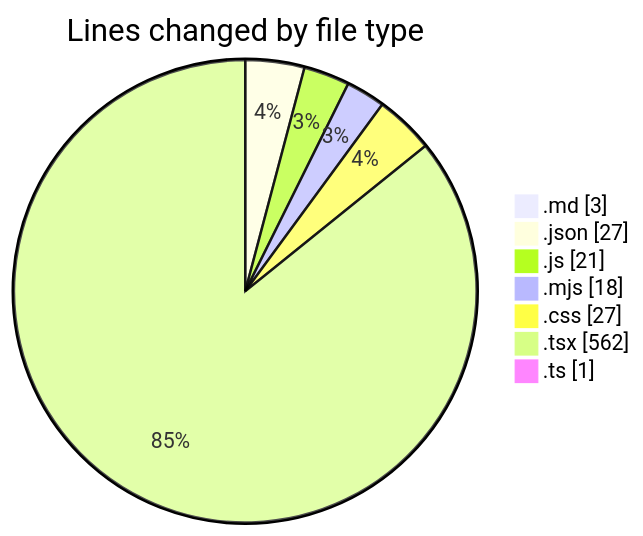
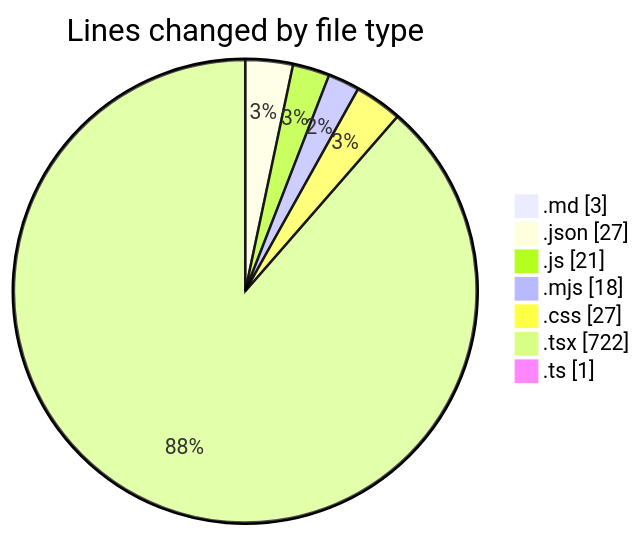
One commit to Ritupan-Deka/code-tracking changed the first of 2 diagrams in 2025-06-18/scopesketch-app/README.md. Above: the diagram before and after it, drawn with Mermaid. The commit also changed other lines of this file and 1 other file, not shown here.

````diff
--- a/2025-06-18/scopesketch-app/README.md
+++ b/2025-06-18/scopesketch-app/README.md
@@ -27,11 +27,11 @@
 ```mermaid
 pie showData
 title Lines changed by file type
 ".md" : 3
 ".json" : 27
 ".js" : 21
 ".mjs" : 18
 ".css" : 27
-".tsx" : 562
+".tsx" : 722
 ".ts" : 1
 ```
````
